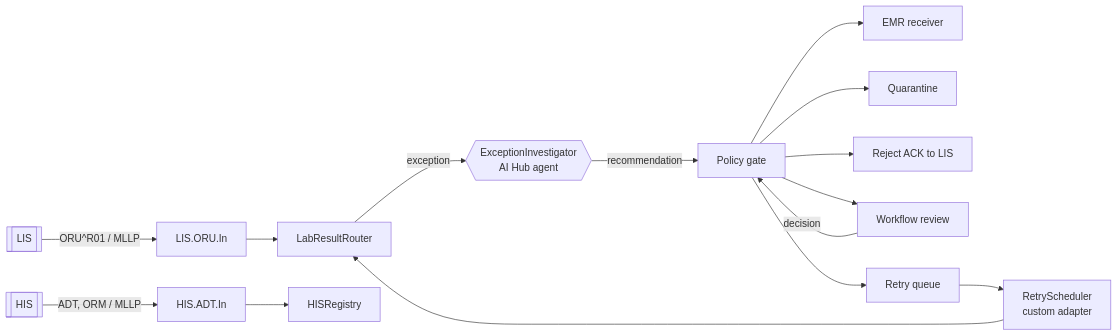
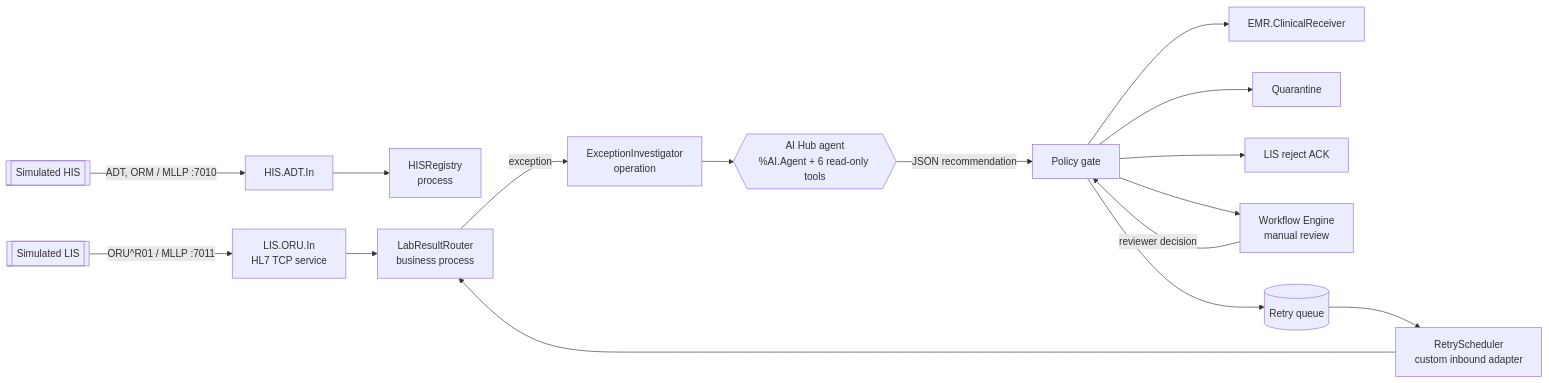
The diagram in README.md (shaileshvats/carebridge-ai), drawn with Mermaid before and after one commit. The commit also changed other lines of this file and 63 other files, not shown here.

````diff
--- a/README.md
+++ b/README.md
@@ -75,11 +34,13 @@
 ```mermaid
 flowchart LR
-  LIS[[LIS]] -- ORU^R01 / MLLP --> S[LIS.ORU.In] --> R[LabResultRouter]
-  HIS[[HIS]] -- ADT, ORM / MLLP --> H[HIS.ADT.In] --> REG[HISRegistry]
-  R -- exception --> A{{ExceptionInvestigator<br/>AI Hub agent}} -- recommendation --> P[Policy gate]
-  P --> E[EMR receiver]
+  LIS[[Simulated LIS]] -- "ORU^R01 / MLLP :7011" --> S[LIS.ORU.In<br/>HL7 TCP service]
+  HIS[[Simulated HIS]] -- "ADT, ORM / MLLP :7010" --> H[HIS.ADT.In] --> REG[HISRegistry<br/>process]
+  S --> R[LabResultRouter<br/>business process]
+  R -- "exception" --> O[ExceptionInvestigator<br/>operation] --> A{{AI Hub agent<br/>%AI.Agent + 6 read-only tools}}
+  A -- "JSON recommendation" --> P[Policy gate]
+  P --> EMR[EMR.ClinicalReceiver]
   P --> Q[Quarantine]
-  P --> X[Reject ACK to LIS]
-  P --> W[Workflow review] -- decision --> P
-  P --> T[Retry queue] --> RS[RetryScheduler<br/>custom adapter] --> R
+  P --> X[LIS reject ACK]
+  P --> W[Workflow Engine<br/>manual review] -- "reviewer decision" --> P
+  P --> RQ[(Retry queue)] --> RS[RetryScheduler<br/>custom inbound adapter] --> R
 ```
````
